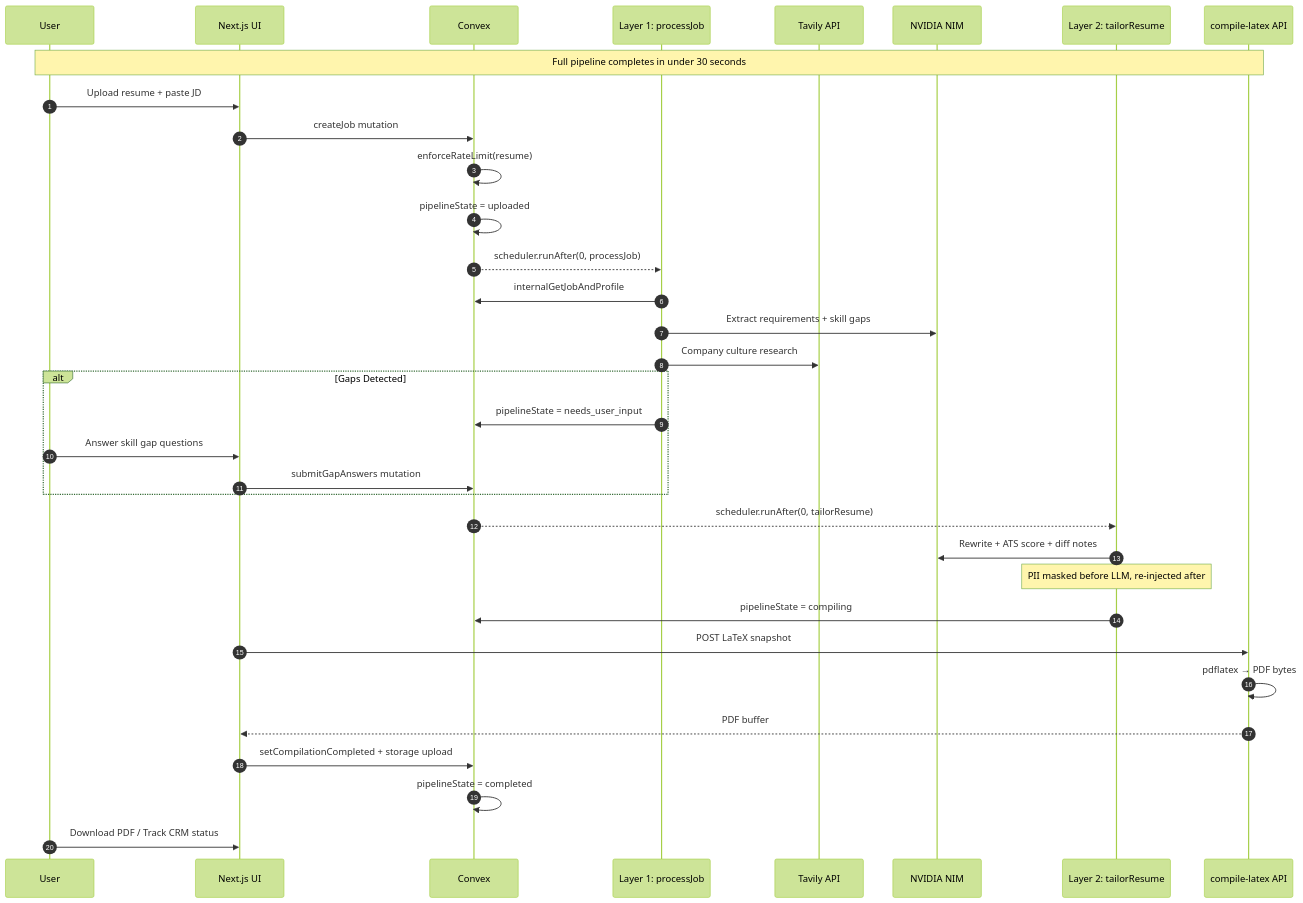
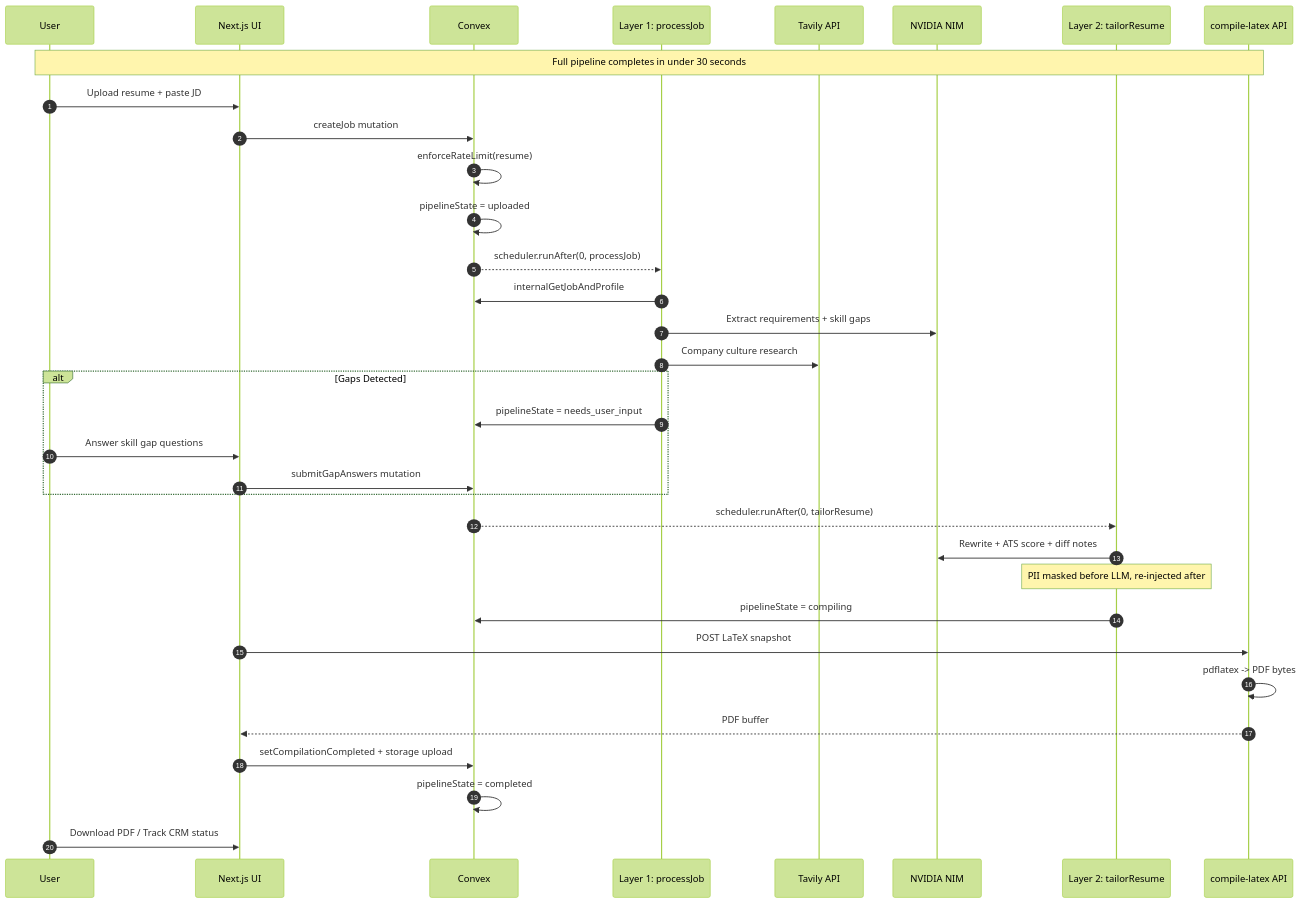
The second of 5 diagrams in README.md (Harshithk951/Resume-Flow), drawn with Mermaid (forest theme) before and after one commit. The commit also changed other lines of this file and 7 other files, not shown here.

````diff
--- a/README.md
+++ b/README.md
@@ -302,40 +314,40 @@
 ```mermaid
 sequenceDiagram
   autonumber
   participant U as User
   participant UI as Next.js UI
   participant C as Convex
   participant L1 as Layer 1: processJob
   participant T as Tavily API
   participant N as NVIDIA NIM
   participant L2 as Layer 2: tailorResume
   participant P as compile-latex API
 
   Note over U,P: Full pipeline completes in under 30 seconds
   U->>UI: Upload resume + paste JD
   UI->>C: createJob mutation
   C->>C: enforceRateLimit(resume)
   C->>C: pipelineState = uploaded
   C-->>L1: scheduler.runAfter(0, processJob)
 
   L1->>C: internalGetJobAndProfile
   L1->>N: Extract requirements + skill gaps
   L1->>T: Company culture research
   alt Gaps Detected
     L1->>C: pipelineState = needs_user_input
     U->>UI: Answer skill gap questions
     UI->>C: submitGapAnswers mutation
   end
   C-->>L2: scheduler.runAfter(0, tailorResume)
 
   L2->>N: Rewrite + ATS score + diff notes
   Note over L2: PII masked before LLM, re-injected after
   L2->>C: pipelineState = compiling
 
   UI->>P: POST LaTeX snapshot
-  P->>P: pdflatex → PDF bytes
+  P->>P: pdflatex -> PDF bytes
   P-->>UI: PDF buffer
   UI->>C: setCompilationCompleted + storage upload
   C->>C: pipelineState = completed
   U->>UI: Download PDF / Track CRM status
 ```
````
